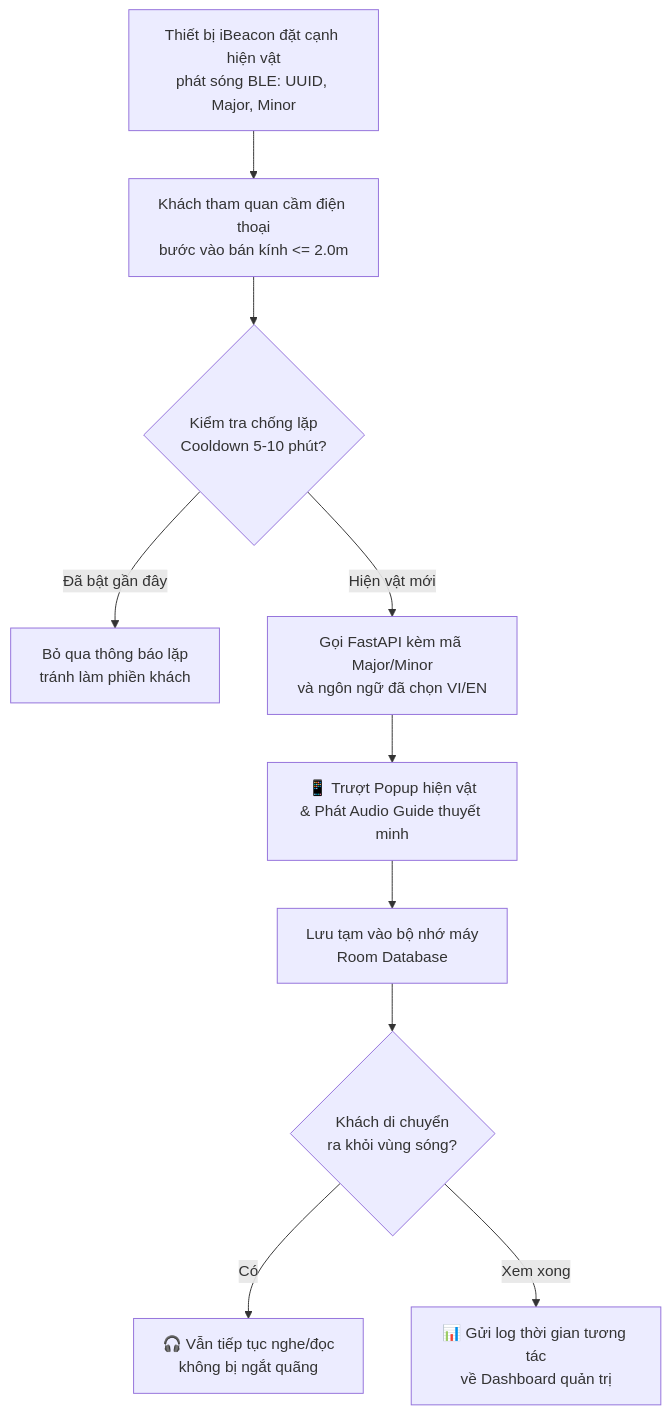
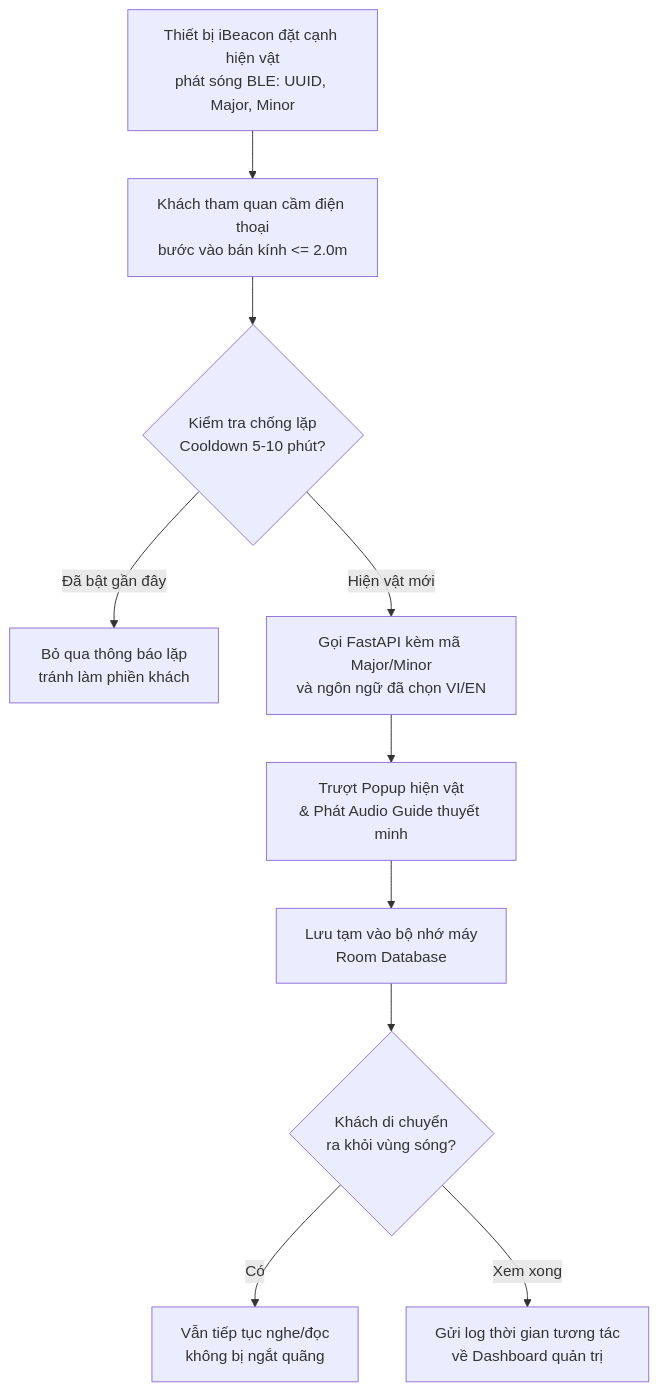
The first of 3 diagrams in README.md (KhiemPham1512/SmartHeritage), drawn with Mermaid before and after one commit. The commit also changed other lines of this file and 1 other file, not shown here.

````diff
--- a/README.md
+++ b/README.md
@@ -32,12 +27,12 @@
 ```mermaid
 flowchart TD
     A[Thiết bị iBeacon đặt cạnh hiện vật<br/>phát sóng BLE: UUID, Major, Minor] --> B[Khách tham quan cầm điện thoại<br/>bước vào bán kính <= 2.0m]
     B --> C{Kiểm tra chống lặp<br/>Cooldown 5-10 phút?}
     C -- Đã bật gần đây --> D[Bỏ qua thông báo lặp<br/>tránh làm phiền khách]
     C -- Hiện vật mới --> E[Gọi FastAPI kèm mã Major/Minor<br/>và ngôn ngữ đã chọn VI/EN]
-    E --> F[📱 Trượt Popup hiện vật<br/>& Phát Audio Guide thuyết minh]
+    E --> F[Trượt Popup hiện vật<br/>& Phát Audio Guide thuyết minh]
     F --> G[Lưu tạm vào bộ nhớ máy<br/>Room Database]
     G --> H{Khách di chuyển<br/>ra khỏi vùng sóng?}
-    H -- Có --> I[🎧 Vẫn tiếp tục nghe/đọc<br/>không bị ngắt quãng]
-    H -- Xem xong --> J[📊 Gửi log thời gian tương tác<br/>về Dashboard quản trị]
+    H -- Có --> I[Vẫn tiếp tục nghe/đọc<br/>không bị ngắt quãng]
+    H -- Xem xong --> J[Gửi log thời gian tương tác<br/>về Dashboard quản trị]
 ```
````
